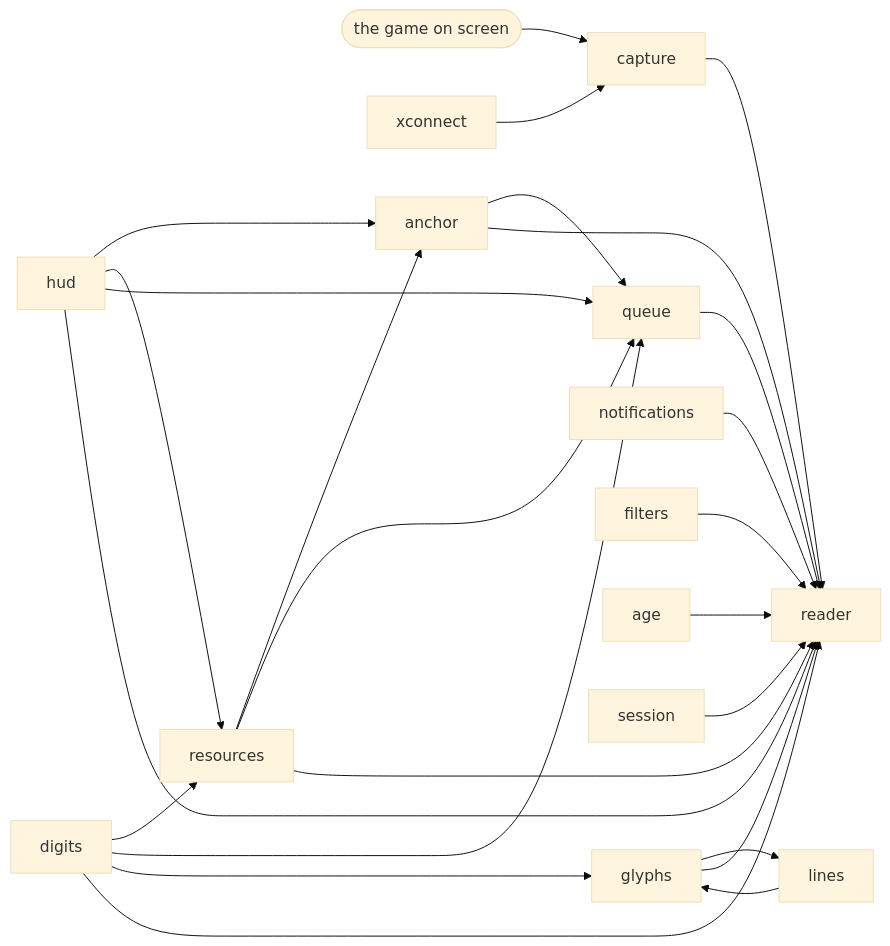
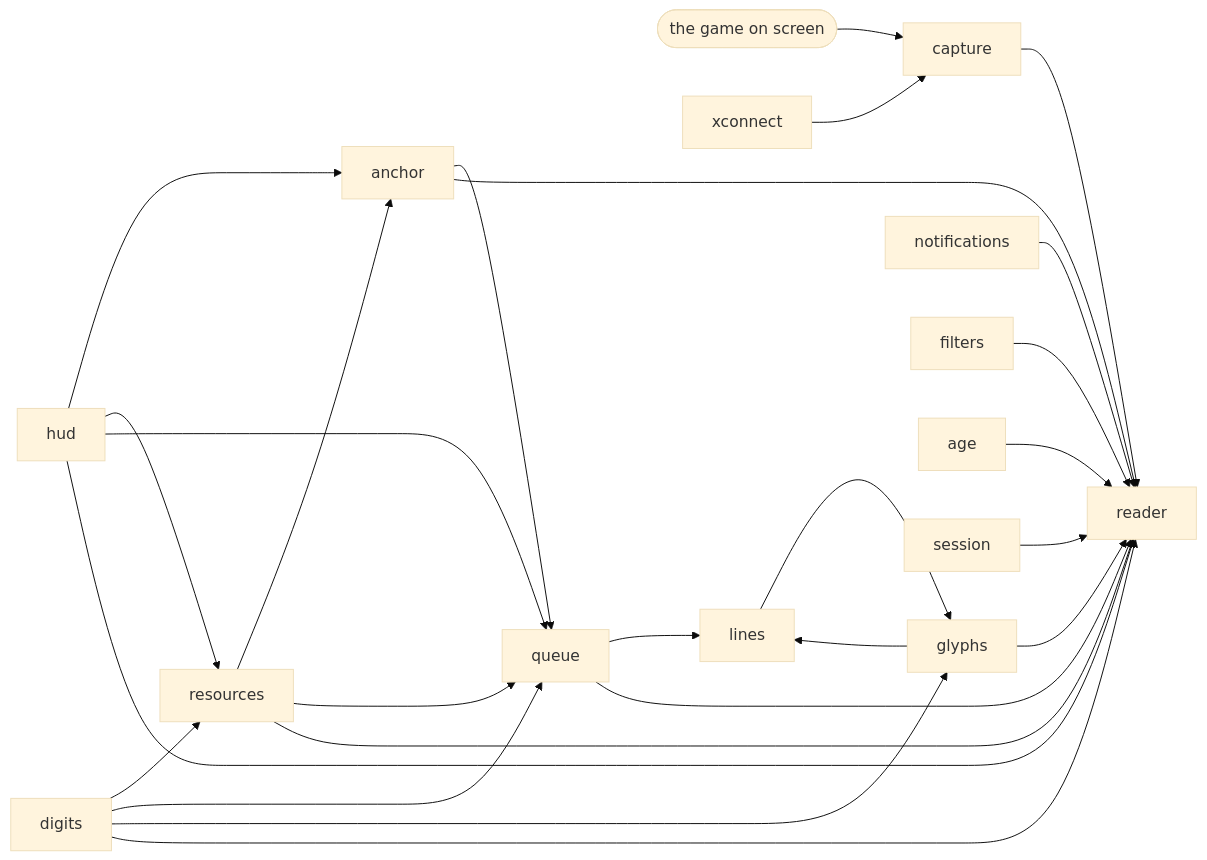
One commit to gwaihirf22/loom_AOE changed the first of 5 diagrams in docs/architecture.md. Above: the diagram before and after it, drawn with Mermaid (base theme). The commit also changed other lines of this file and 224 other files, not shown here.

````diff
--- a/docs/architecture.md
+++ b/docs/architecture.md
@@ -23,27 +23,28 @@
 ```mermaid
 flowchart LR
     game([the game on screen]) --> capture
     xconnect --> capture
     hud --> anchor
     resources --> anchor
     digits --> resources
     hud --> resources
     anchor --> queue
     digits --> queue
     hud --> queue
     resources --> queue
     digits --> glyphs
     glyphs --> lines
     lines --> glyphs
+    queue --> lines
     capture --> reader
     anchor --> reader
     digits --> reader
     hud --> reader
     resources --> reader
     glyphs --> reader
     notifications --> reader
     queue --> reader
     filters --> reader
     age --> reader
     session --> reader
 ```
````
